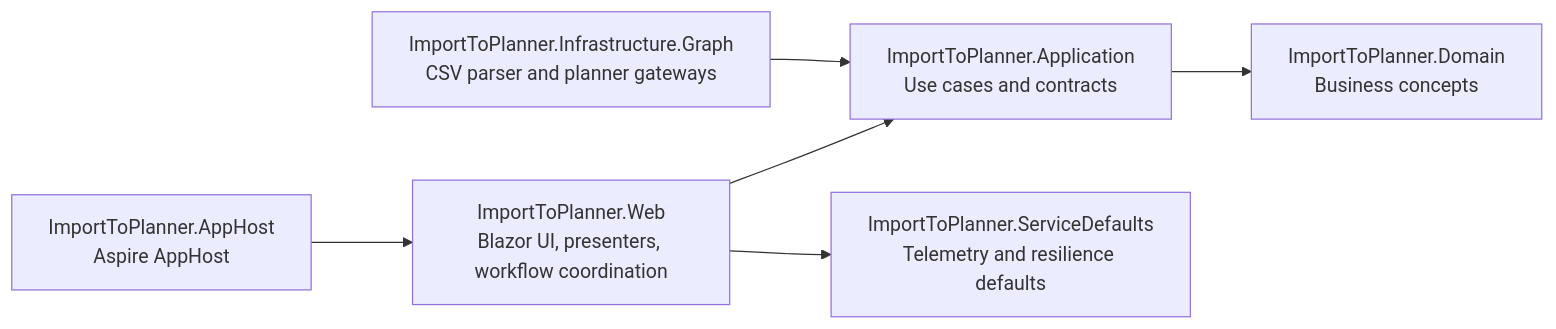
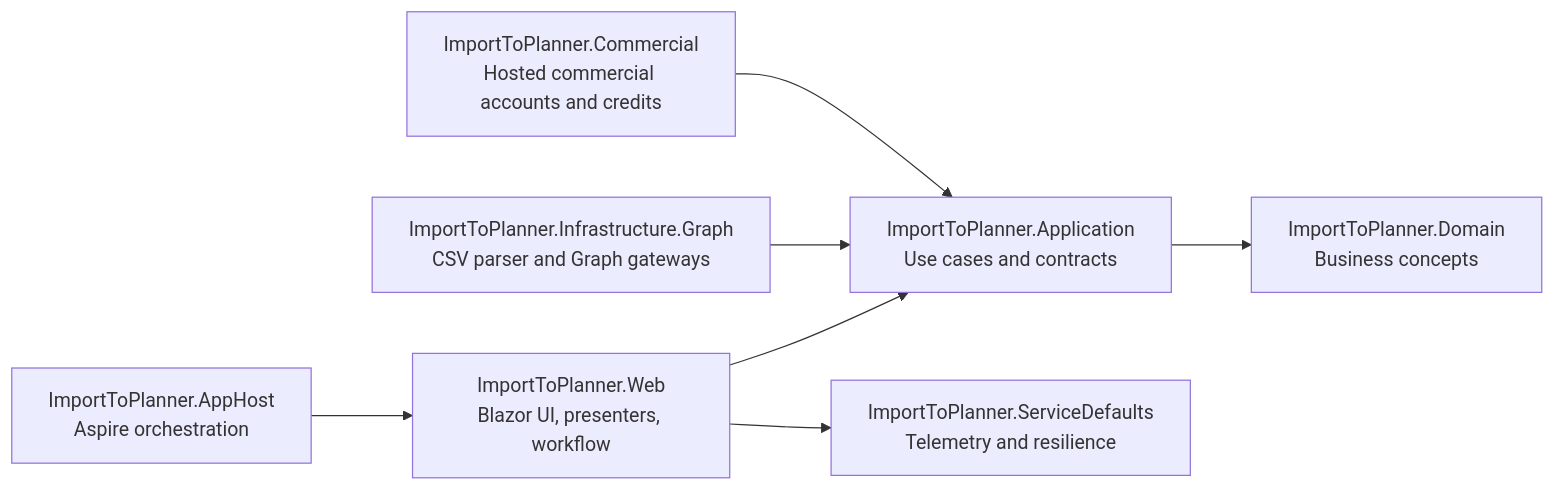
One commit to markheydon/import-to-planner changed the diagram in README.md. Above: the diagram before and after it, drawn with Mermaid. The commit also changed other lines of this file and 42 other files, not shown here.

````diff
--- a/README.md
+++ b/README.md
@@ -114,8 +133,9 @@
 ```mermaid
 flowchart LR
-    Web[ImportToPlanner.Web\nBlazor UI, presenters, workflow coordination] --> App[ImportToPlanner.Application\nUse cases and contracts]
-    Infra[ImportToPlanner.Infrastructure.Graph\nCSV parser and planner gateways] --> App
+    Web[ImportToPlanner.Web\nBlazor UI, presenters, workflow] --> App[ImportToPlanner.Application\nUse cases and contracts]
+    Infra[ImportToPlanner.Infrastructure.Graph\nCSV parser and Graph gateways] --> App
+    Commercial[ImportToPlanner.Commercial\nHosted commercial accounts and credits] --> App
     App --> Domain[ImportToPlanner.Domain\nBusiness concepts]
-    Web --> Defaults[ImportToPlanner.ServiceDefaults\nTelemetry and resilience defaults]
-    AppHost[ImportToPlanner.AppHost\nAspire AppHost] --> Web
+    Web --> Defaults[ImportToPlanner.ServiceDefaults\nTelemetry and resilience]
+    AppHost[ImportToPlanner.AppHost\nAspire orchestration] --> Web
 ```
````
